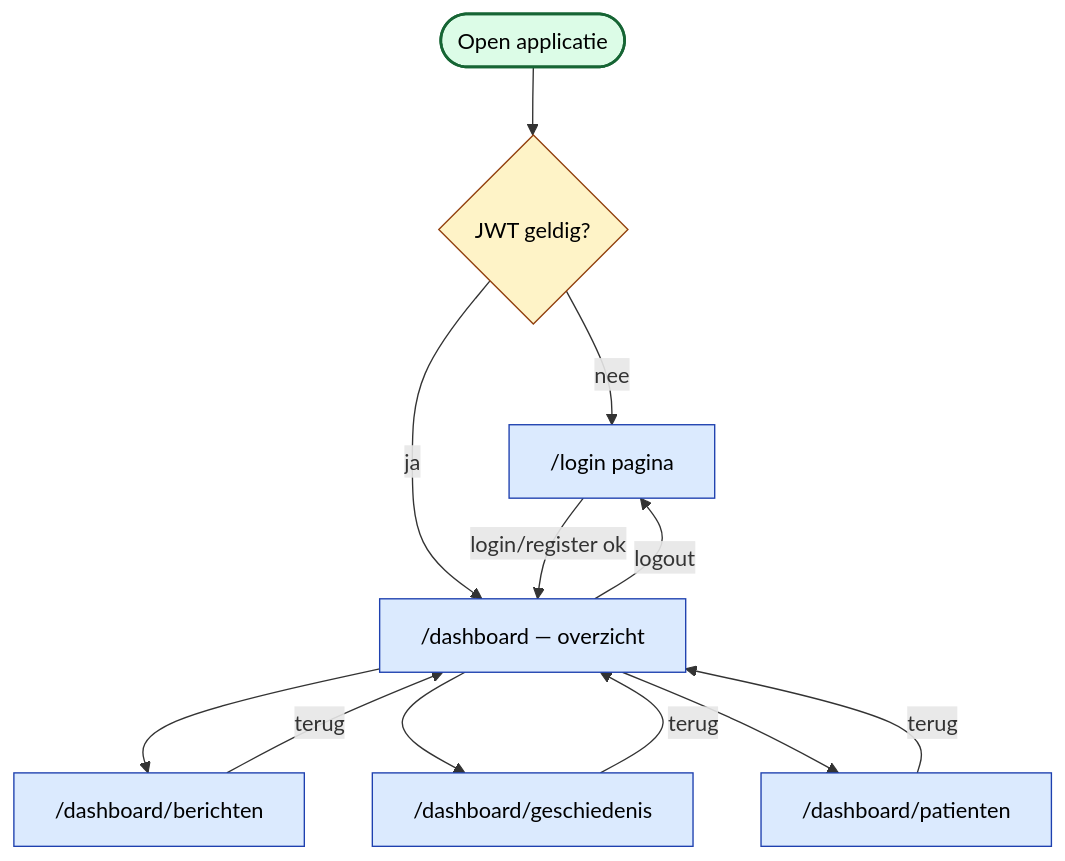
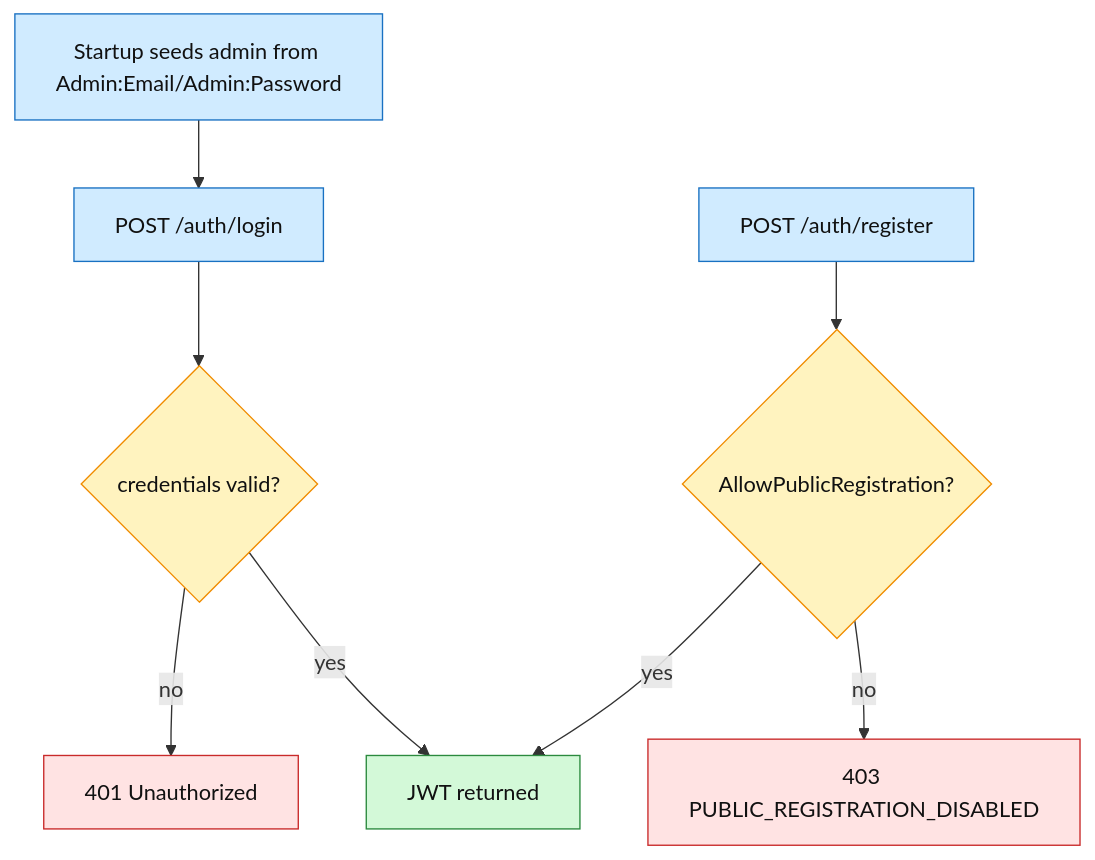
The second of 3 diagrams in docs/c4/07-user-flow.md (Rishyansyal/OpenMRSmoduleBackend), drawn with Mermaid before and after one commit. The commit also changed other lines of this file and 160 other files, not shown here.

````diff
--- a/docs/c4/07-user-flow.md
+++ b/docs/c4/07-user-flow.md
@@ -7,28 +27,24 @@
 ```mermaid
 flowchart TD
-    classDef start fill:#dcfce7,stroke:#166534,stroke-width:2px,color:#000
-    classDef page fill:#dbeafe,stroke:#1e40af,stroke-width:1px,color:#000
-    classDef decision fill:#fef3c7,stroke:#92400e,stroke-width:1px,color:#000
-    classDef done fill:#e0e7ff,stroke:#4338ca,stroke-width:2px,color:#000
+    classDef action fill:#d0ebff,stroke:#1971c2,color:#111
+    classDef decision fill:#fff3bf,stroke:#f08c00,color:#111
+    classDef done fill:#d3f9d8,stroke:#2b8a3e,color:#111
+    classDef error fill:#ffe3e3,stroke:#c92a2a,color:#111
 
-    Start([Open applicatie]):::start
-    Login["/login pagina"]:::page
-    AuthCheck{JWT geldig?}:::decision
-    Dashboard["/dashboard — overzicht"]:::page
+    seed["Startup seeds admin from Admin:Email/Admin:Password"]:::action
+    login["POST /auth/login"]:::action
+    valid{"credentials valid?"}:::decision
+    token["JWT returned"]:::done
+    reject["401 Unauthorized"]:::error
+    register["POST /auth/register"]:::action
+    public{"AllowPublicRegistration?"}:::decision
+    forbid["403 PUBLIC_REGISTRATION_DISABLED"]:::error
 
-    Berichten["/dashboard/berichten"]:::page
-    Geschiedenis["/dashboard/geschiedenis"]:::page
-    Patienten["/dashboard/patienten"]:::page
-
-    Start --> AuthCheck
-    AuthCheck -->|nee| Login
-    AuthCheck -->|ja| Dashboard
-    Login -->|login/register ok| Dashboard
-    Dashboard --> Berichten
-    Dashboard --> Geschiedenis
-    Dashboard --> Patienten
-    Berichten -->|terug| Dashboard
-    Geschiedenis -->|terug| Dashboard
-    Patienten -->|terug| Dashboard
-    Dashboard -->|logout| Login
+    seed --> login
+    login --> valid
+    valid -->|yes| token
+    valid -->|no| reject
+    register --> public
+    public -->|no| forbid
+    public -->|yes| token
 ```
````
